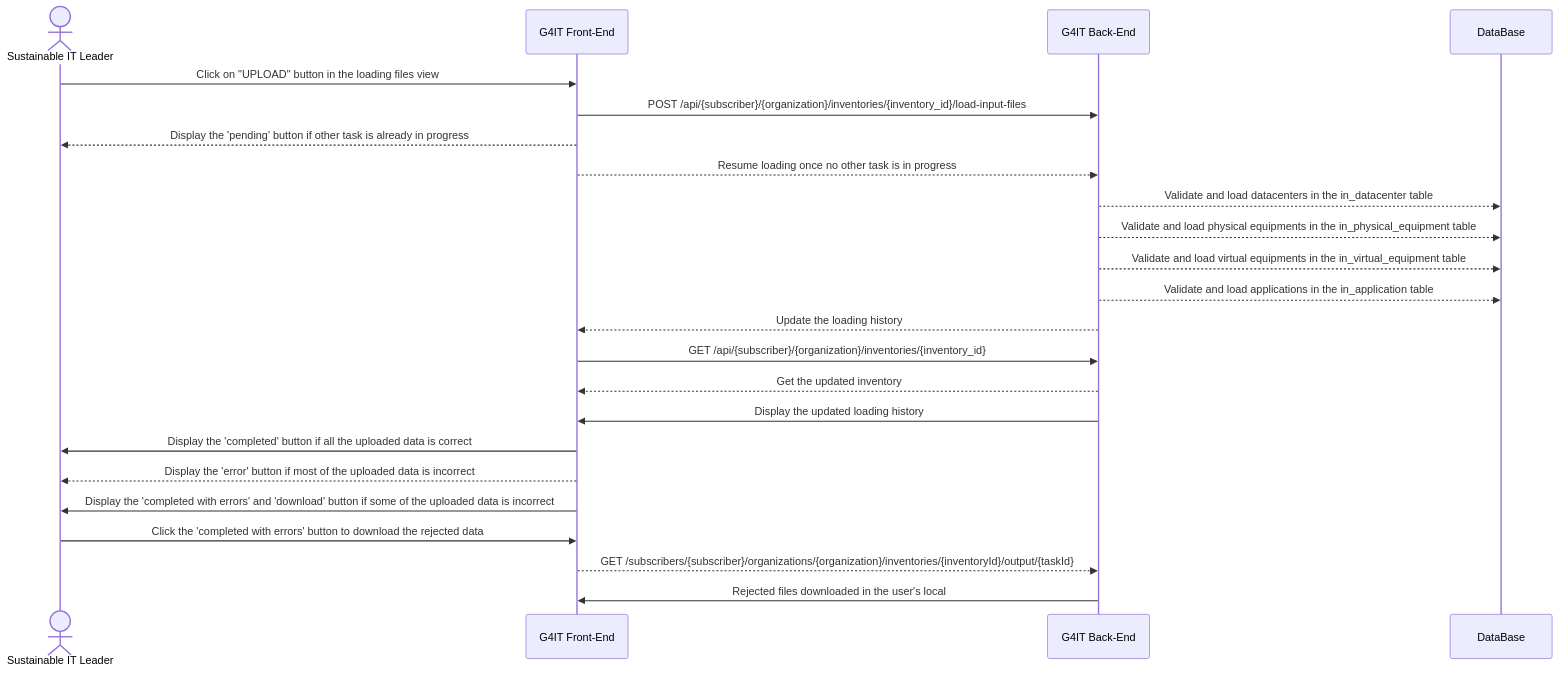
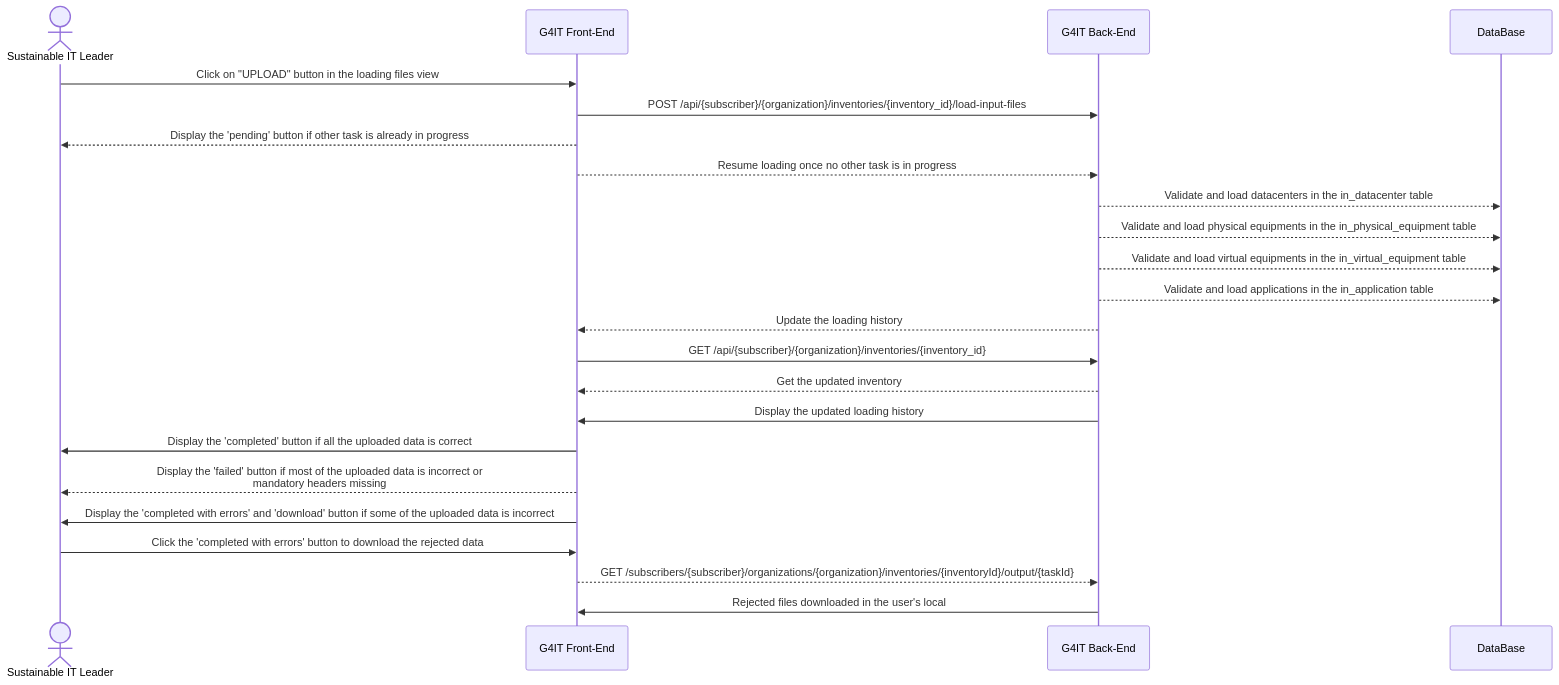
The second of 2 diagrams in services/documentation/content/2-functional-documentation/use_cases/uc_inventory/uc3_load_files.md (G4ITTeam/g4it), drawn with Mermaid before and after one commit.

```diff
--- a/services/documentation/content/2-functional-documentation/use_cases/uc_inventory/uc3_load_files.md
+++ b/services/documentation/content/2-functional-documentation/use_cases/uc_inventory/uc3_load_files.md
@@ -92,28 +92,28 @@
 {{< mermaid >}}
 
 sequenceDiagram
 actor RND as Sustainable IT Leader
 participant front as G4IT Front-End
 participant back as G4IT Back-End
 participant DataBase
 
 RND ->> front: Click on "UPLOAD" button in the loading files view
 front ->> back: POST /api/{subscriber}/{organization}/inventories/{inventory_id}/load-input-files
 front -->> RND : Display the 'pending' button if other task is already in progress
 front -->> back: Resume loading once no other task is in progress
 back -->> DataBase: Validate and load datacenters in the in_datacenter table
 back -->> DataBase: Validate and load physical equipments in the in_physical_equipment table
 back -->> DataBase: Validate and load virtual equipments in the in_virtual_equipment table
 back -->> DataBase: Validate and load applications in the in_application table
 back -->> front: Update the loading history
 front ->> back: GET /api/{subscriber}/{organization}/inventories/{inventory_id}
 back-->> front: Get the updated inventory
 back ->> front: Display the updated loading history
 front ->> RND : Display the 'completed' button if all the uploaded data is correct
-front -->> RND : Display the 'error' button if most of the uploaded data is incorrect
+front -->> RND : Display the 'failed' button if most of the uploaded data is incorrect or <br> mandatory headers missing
 front ->> RND : Display the 'completed with errors' and 'download' button if some of the uploaded data is incorrect
 RND ->> front : Click the 'completed with errors' button to download the rejected data
 front -->> back: GET /subscribers/{subscriber}/organizations/{organization}/inventories/{inventoryId}/output/{taskId}
 back ->> front : Rejected files downloaded in the user's local
 
 {{< /mermaid >}}
```
